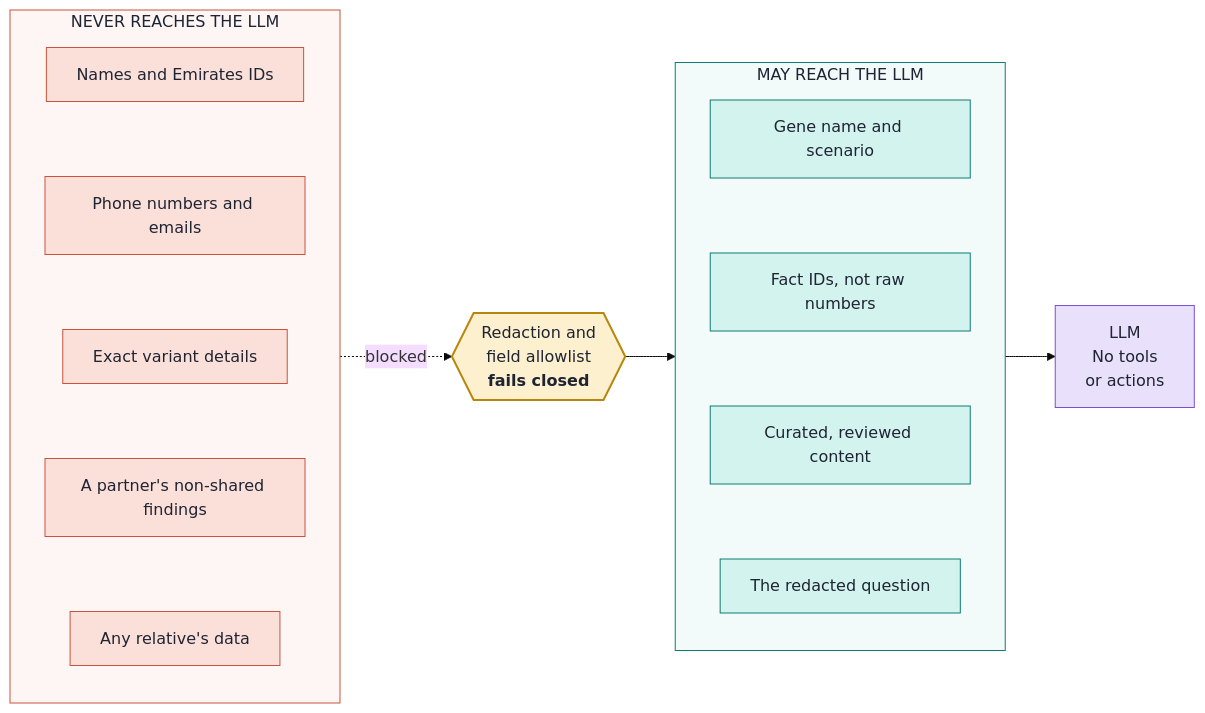
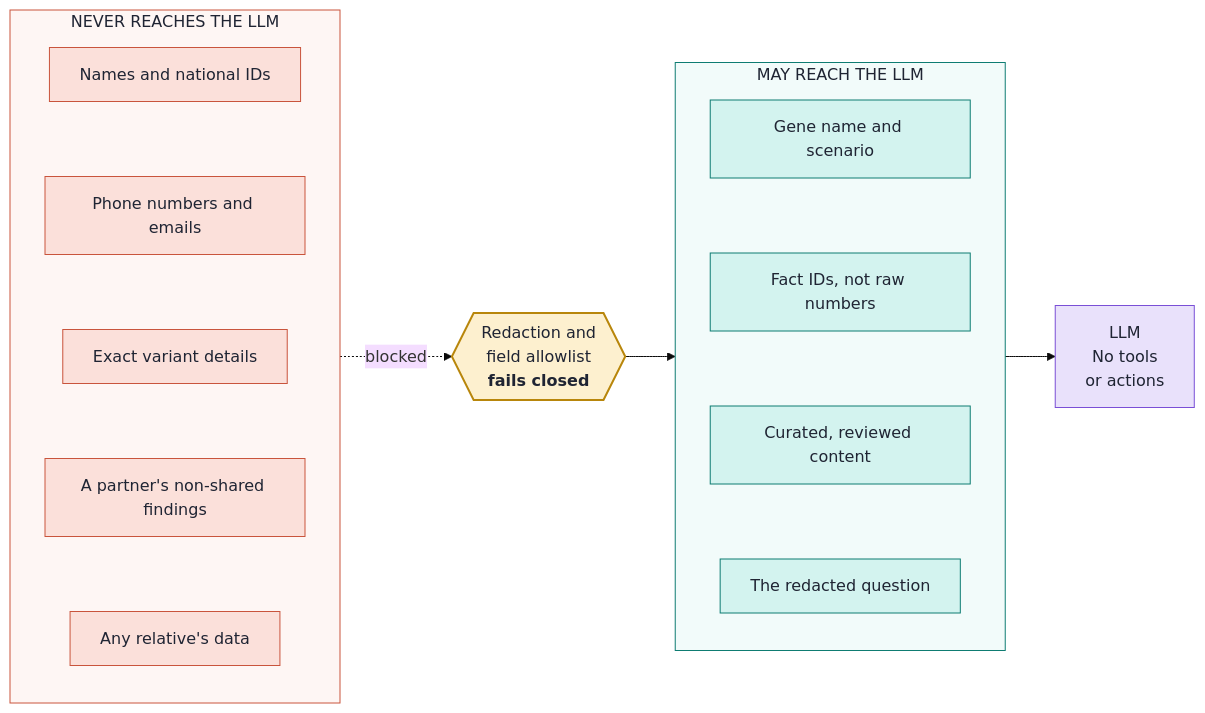
Before and after one commit to YaduvanshiHimanshunfsu/Future-Health-Digital-Innovation-Challenge: diagram 11 of 13 in README.md, drawn with Mermaid (base theme). The commit also changed other lines of this file and 244 other files, not shown here.

````diff
--- a/README.md
+++ b/README.md
@@ -379,25 +431,25 @@
 ```mermaid
 flowchart LR
     subgraph NEVER["NEVER REACHES THE LLM"]
         direction TB
-        N1["Names and Emirates IDs"]:::no ~~~ N2["Phone numbers and emails"]:::no ~~~ N3["Exact variant details"]:::no ~~~ N4["A partner's non-shared findings"]:::no ~~~ N5["Any relative's data"]:::no
+        N1["Names and national IDs"]:::no ~~~ N2["Phone numbers and emails"]:::no ~~~ N3["Exact variant details"]:::no ~~~ N4["A partner's non-shared findings"]:::no ~~~ N5["Any relative's data"]:::no
     end
 
     G{{"Redaction and<br/>field allowlist<br/><b>fails closed</b>"}}:::gate
 
     subgraph ALLOWED["MAY REACH THE LLM"]
         direction TB
         Y1["Gene name and scenario"]:::yes ~~~ Y2["Fact IDs, not raw numbers"]:::yes ~~~ Y3["Curated, reviewed content"]:::yes ~~~ Y4["The redacted question"]:::yes
     end
 
     NEVER -. blocked .-> G
     G --> ALLOWED
     ALLOWED --> LLM["LLM<br/>No tools<br/>or actions"]:::ai
 
     classDef no fill:#FBE0DA,stroke:#C9543C,color:#1F2433
     classDef yes fill:#D3F3EF,stroke:#0E7C72,color:#1F2433
     classDef gate fill:#FDF0CF,stroke:#B8860B,color:#1F2433,stroke-width:2px
     classDef ai fill:#E9E1FB,stroke:#7A4FD6,color:#1F2433
     style NEVER fill:#FEF6F4,stroke:#C9543C,color:#1F2433
     style ALLOWED fill:#F2FBFA,stroke:#0E7C72,color:#1F2433
 ```
````
